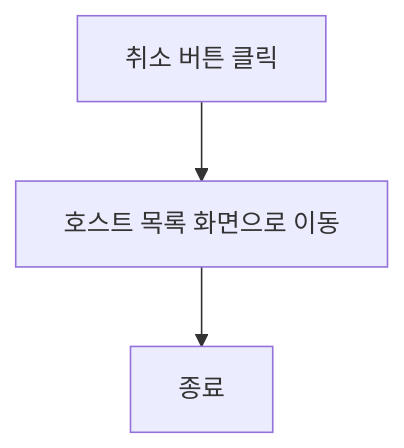
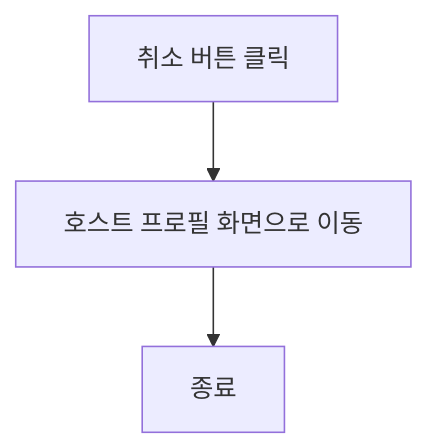
Before and after one commit to red-dev-Mark/devcamp-onboarding-project-Team-2: the second of 2 diagrams in design/기능정의서.md, drawn with Mermaid. The commit also changed other lines of this file, not shown here.

````diff
--- a/design/기능정의서.md
+++ b/design/기능정의서.md
@@ -94,5 +119,5 @@
 ```mermaid
 flowchart TD
-    A[취소 버튼 클릭] --> B[호스트 목록 화면으로 이동]
+    A[취소 버튼 클릭] --> B[호스트 프로필 화면으로 이동]
     B --> Z[종료]
 ```
````
